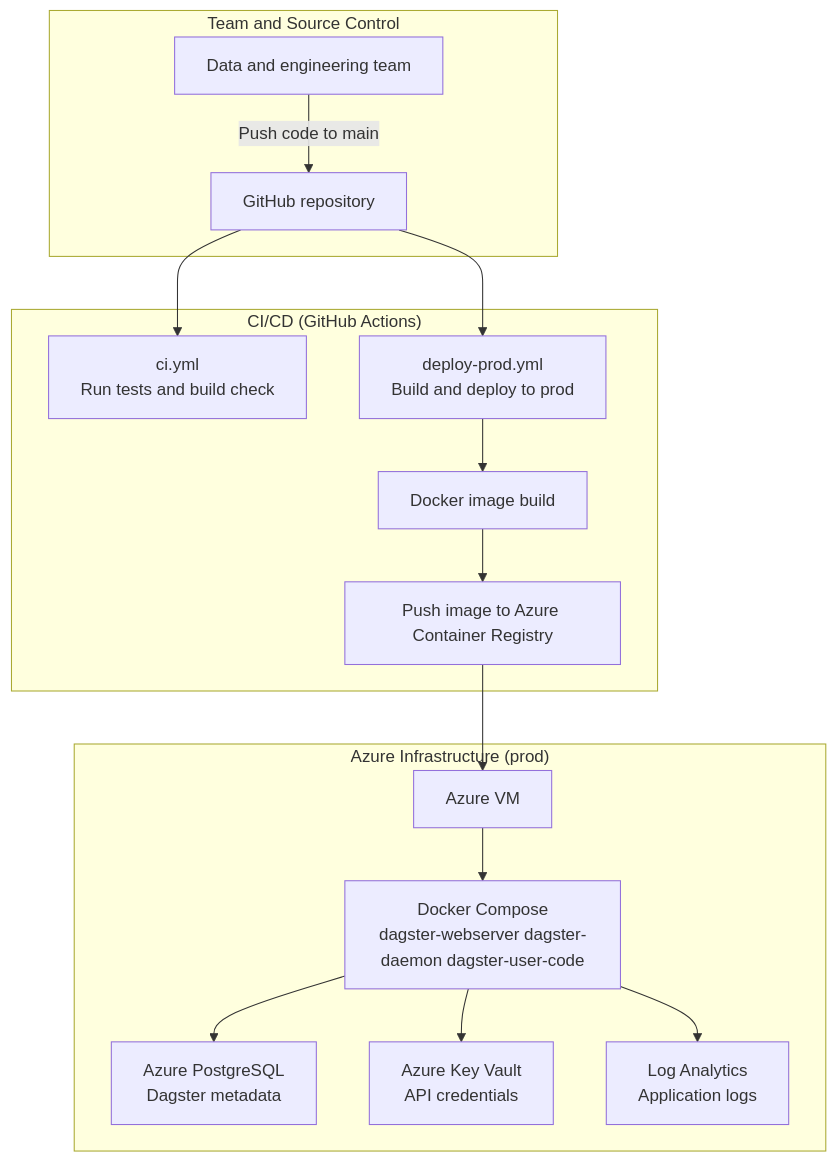
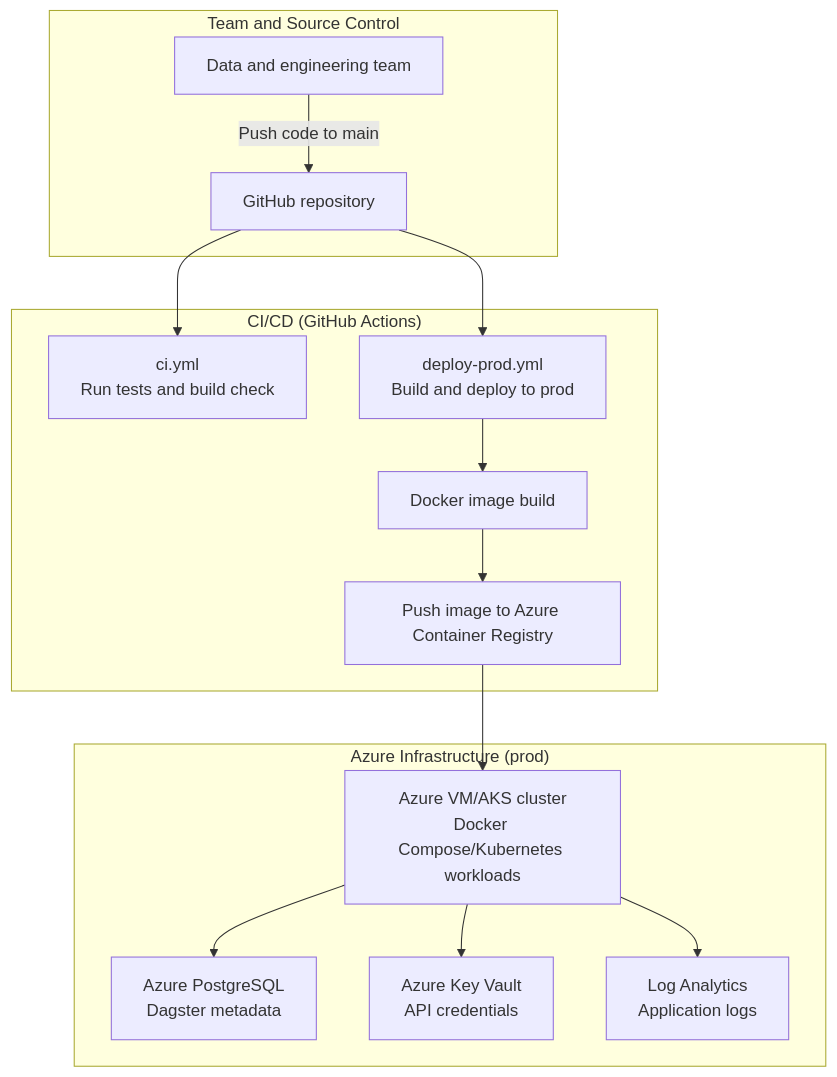
Before and after one commit to ngocanh54/dagster-demo: the diagram in AZURE_DEPLOYMENT_PLAN.md, drawn with Mermaid. The commit also changed other lines of this file, not shown here.

Commit message:
docs: simplify Azure deployment diagram with unified host node

````diff
--- a/AZURE_DEPLOYMENT_PLAN.md
+++ b/AZURE_DEPLOYMENT_PLAN.md
@@ -10,30 +8,31 @@
 ```mermaid
 flowchart TB
     subgraph DEV["Team and Source Control"]
         A[Data and engineering team]
         B[GitHub repository]
         A -->|Push code to main| B
     end
 
     subgraph CICD["CI/CD (GitHub Actions)"]
         C[ci.yml<br/>Run tests and build check]
         D[deploy-prod.yml<br/>Build and deploy to prod]
         E[Docker image build]
         F[Push image to Azure Container Registry]
         B --> C
         B --> D
         D --> E --> F
     end
 
     subgraph AZURE["Azure Infrastructure (prod)"]
-        G[Azure VM]
-        G1[Docker Compose<br/>dagster-webserver dagster-daemon dagster-user-code]
+        G1[Azure VM/AKS cluster<br/>Docker Compose/Kubernetes workloads]
+
         H[Azure PostgreSQL<br/>Dagster metadata]
         I[Azure Key Vault<br/>API credentials]
         J[Log Analytics<br/>Application logs]
-        F --> G --> G1
+
+        F --> G1
         G1 --> H
         G1 --> I
         G1 --> J
     end
 ```
````
